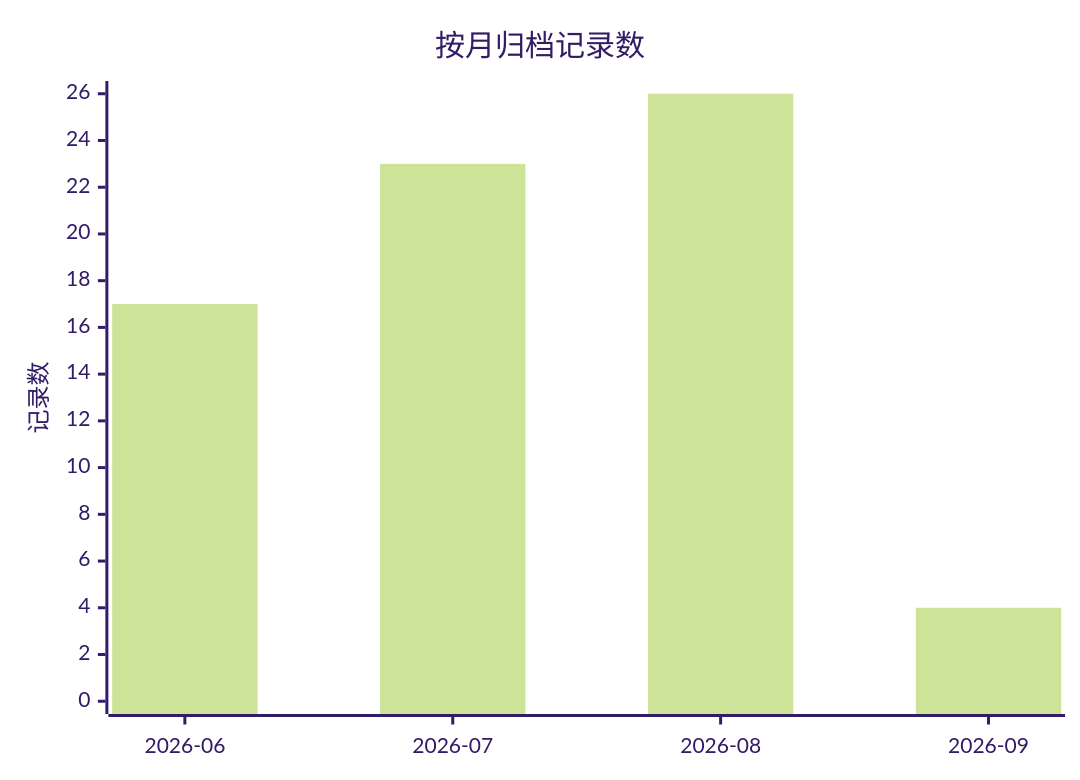
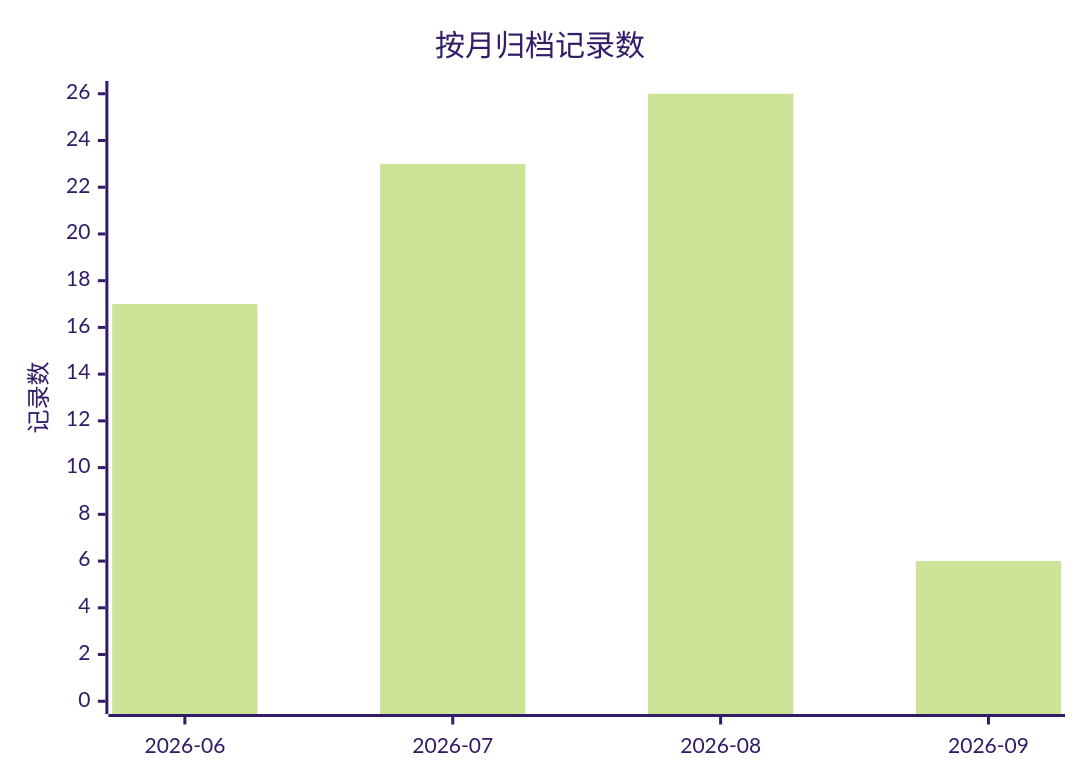
Before and after one commit to golddream-y/obsidian-ratel: the first of 2 diagrams in docs/superpowers/ARCHIVE.md, drawn with Mermaid (forest theme). The commit also changed other lines of this file and 11 other files, not shown here.

````diff
--- a/docs/superpowers/ARCHIVE.md
+++ b/docs/superpowers/ARCHIVE.md
@@ -14,7 +14,7 @@
 ```mermaid
 xychart-beta
     title "按月归档记录数"
     x-axis ["2026-06", "2026-07", "2026-08", "2026-09"]
     y-axis "记录数" 0 --> 26
-    bar [17, 23, 26, 4]
+    bar [17, 23, 26, 6]
 ```
````
